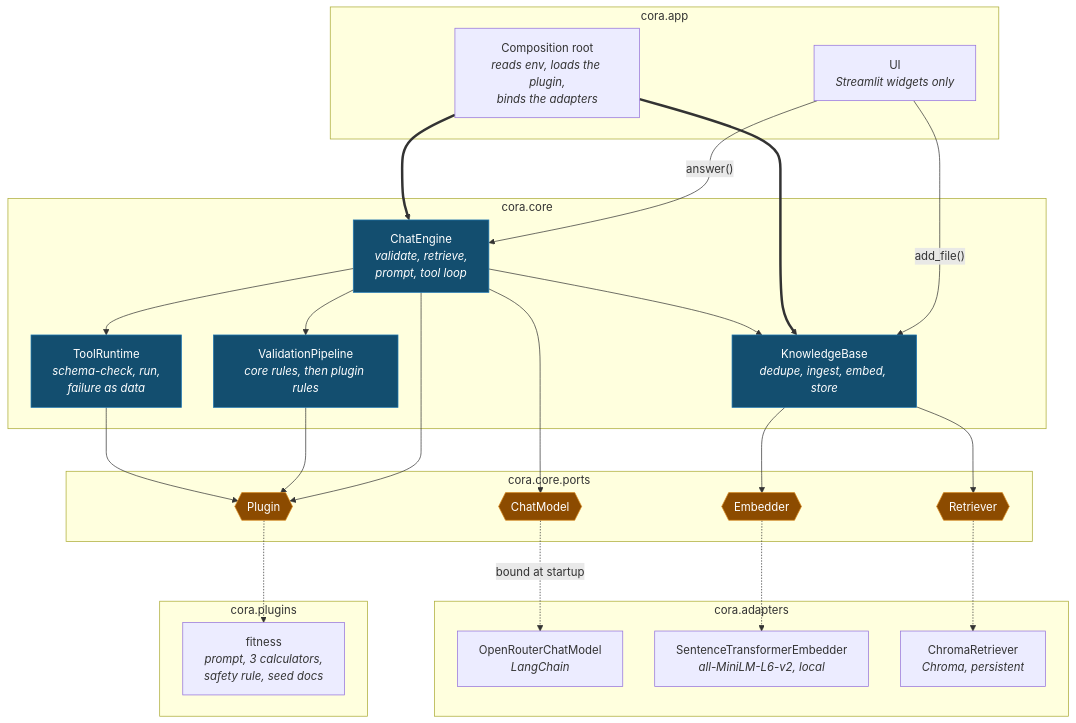
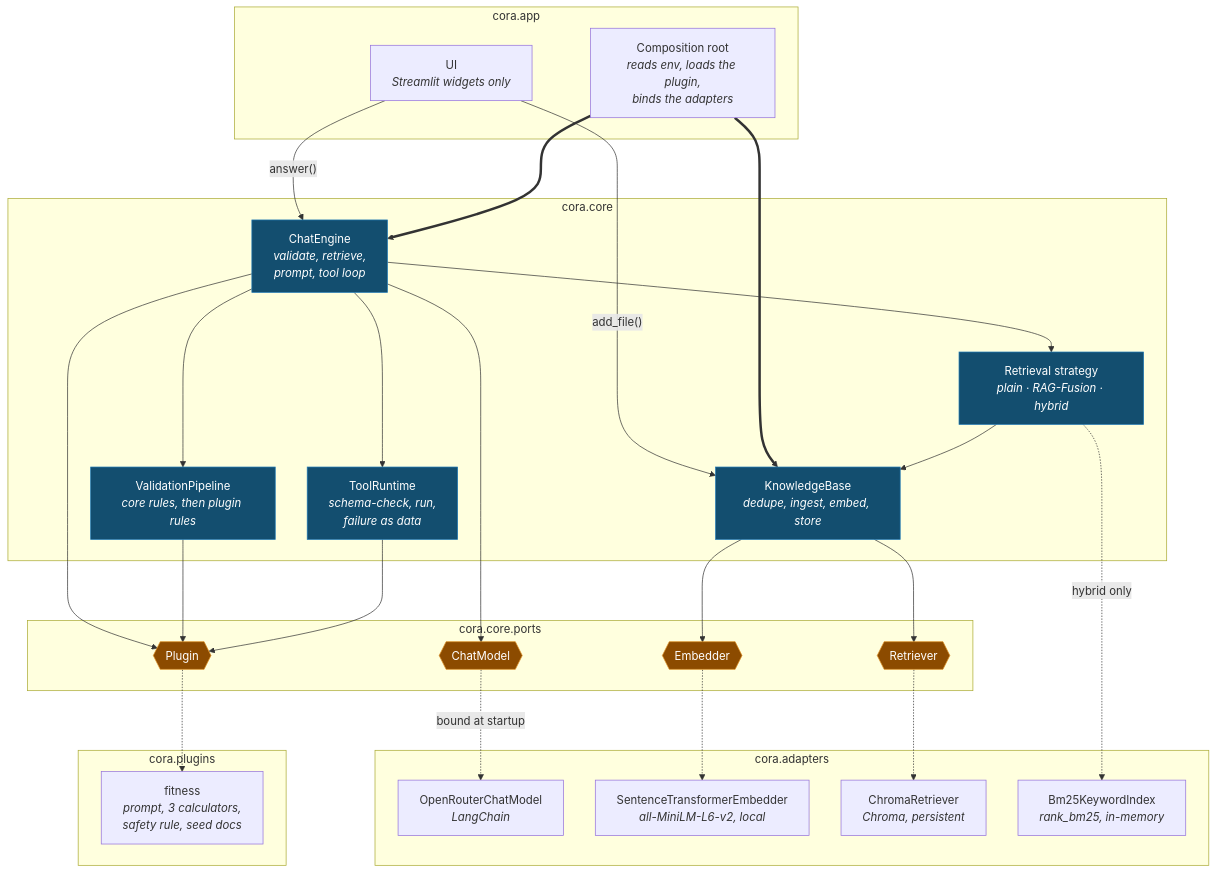
The diagram in docs/big-picture.md (aschog/cora), drawn with Mermaid before and after one commit. The commit also changed other lines of this file and 1 other file, not shown here.

````diff
--- a/docs/big-picture.md
+++ b/docs/big-picture.md
@@ -11,57 +15,61 @@
 ```mermaid
 %%{init: {"flowchart": {"nodeSpacing": 45, "rankSpacing": 60, "diagramPadding": 14, "curve": "basis"}}}%%
 flowchart TB
   subgraph shell["cora.app"]
     ui["UI<br/><i>Streamlit widgets only</i>"]
     root["Composition root<br/><i>reads env, loads the plugin,<br/>binds the adapters</i>"]
   end
 
   subgraph core["cora.core"]
     engine["ChatEngine<br/><i>validate, retrieve,<br/>prompt, tool loop</i>"]
     val["ValidationPipeline<br/><i>core rules, then plugin rules</i>"]
+    retr["Retrieval strategy<br/><i>plain · RAG-Fusion · hybrid</i>"]
     kb["KnowledgeBase<br/><i>dedupe, ingest, embed, store</i>"]
     rt["ToolRuntime<br/><i>schema-check, run,<br/>failure as data</i>"]
   end
 
   subgraph seam["cora.core.ports"]
     cm{{"ChatModel"}}
     emb{{"Embedder"}}
     ret{{"Retriever"}}
     plug{{"Plugin"}}
   end
 
   subgraph infra["cora.adapters"]
     orc["OpenRouterChatModel<br/><i>LangChain</i>"]
     ste["SentenceTransformerEmbedder<br/><i>all-MiniLM-L6-v2, local</i>"]
     chroma["ChromaRetriever<br/><i>Chroma, persistent</i>"]
+    bm25["Bm25KeywordIndex<br/><i>rank_bm25, in-memory</i>"]
   end
 
   subgraph domain["cora.plugins"]
     fit["fitness<br/><i>prompt, 3 calculators,<br/>safety rule, seed docs</i>"]
   end
 
   ui -->|"answer()"| engine
   ui -->|"add_file()"| kb
   root ==> engine
   root ==> kb
 
   engine --> val
-  engine --> kb
+  engine --> retr
   engine --> rt
   engine --> cm
   engine --> plug
+  retr --> kb
   val --> plug
   rt --> plug
   kb --> emb
   kb --> ret
 
   cm -.->|"bound at startup"| orc
   emb -.-> ste
   ret -.-> chroma
+  retr -.->|"hybrid only"| bm25
   plug -.-> fit
 
   classDef port fill:#8c4b00,stroke:#d98a1f,color:#fff;
   classDef logic fill:#134e6f,stroke:#1f78b4,color:#fff;
   class cm,emb,ret,plug port;
-  class engine,kb,val,rt logic;
+  class engine,kb,val,rt,retr logic;
 ```
````
